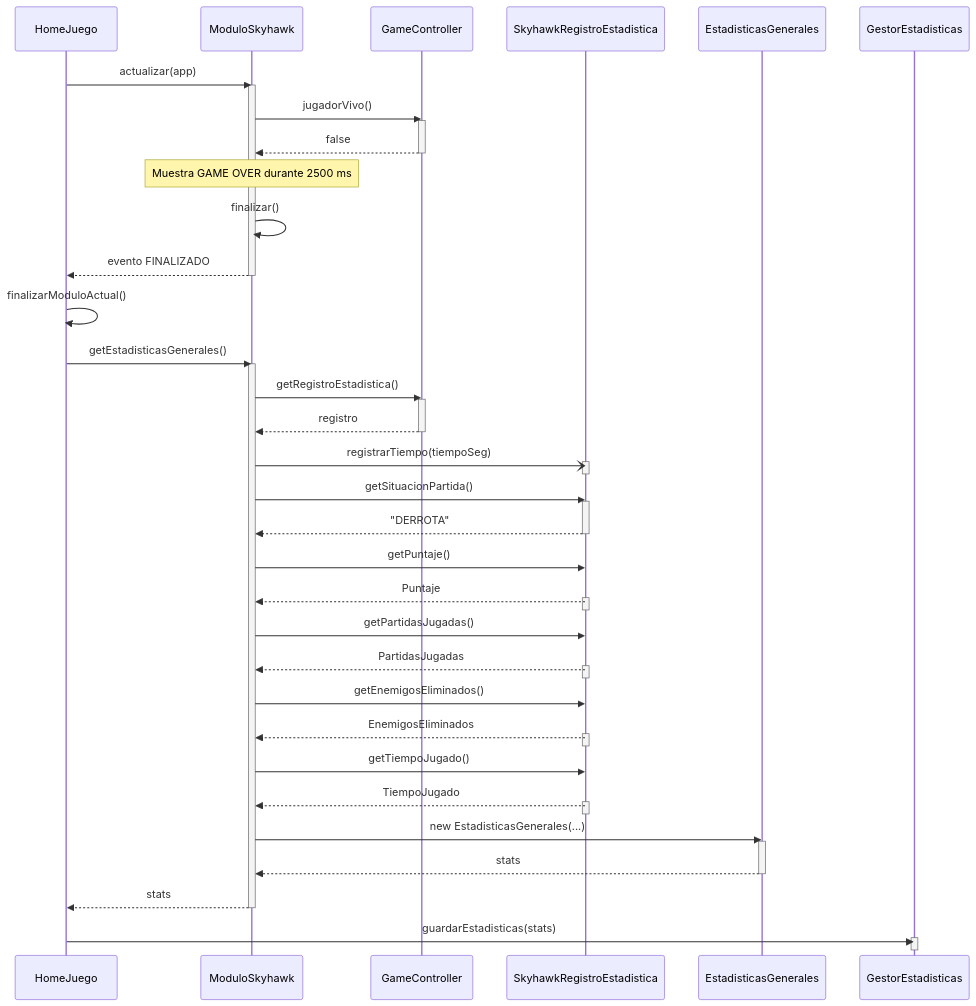
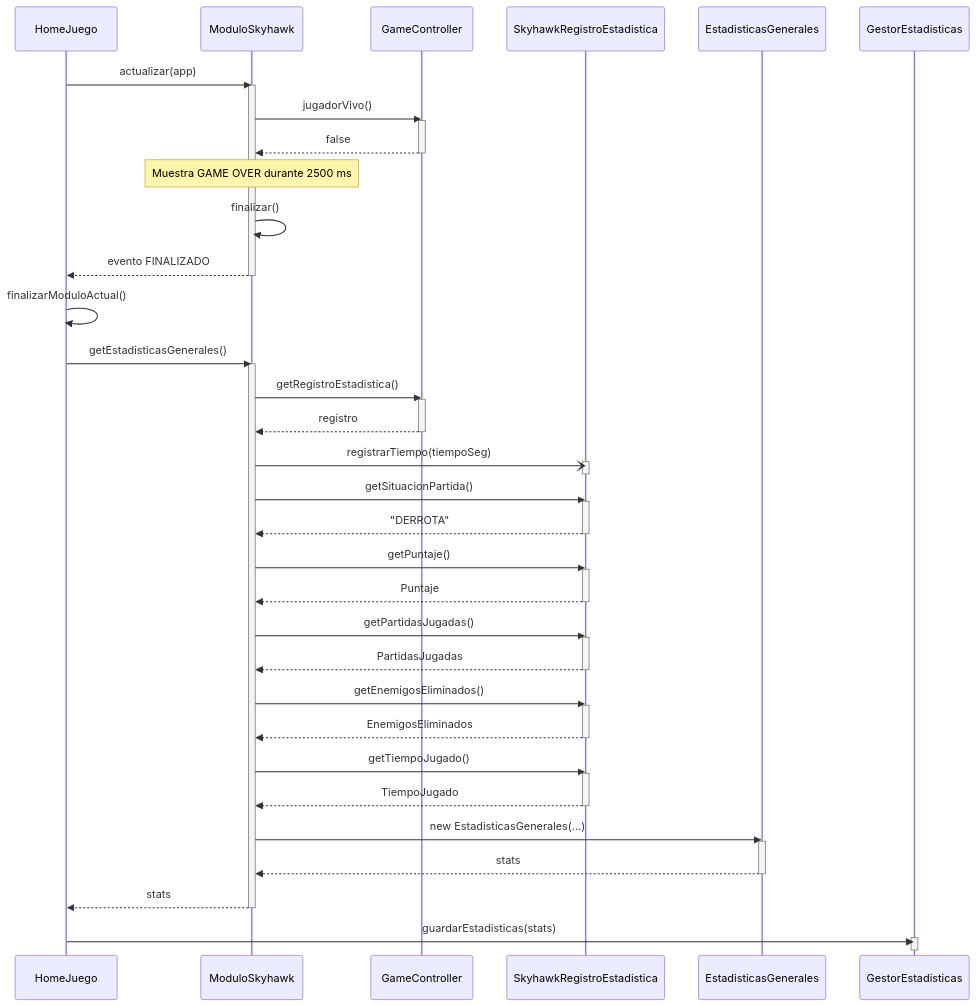
The seventh of 7 diagrams in Diagramas/diagram_Secuencias_Actualizados.md (chiaraarego/Grupo-2---Skyhawk), drawn with Mermaid before and after one commit. The commit also changed other lines of this file, not shown here.

````diff
--- a/Diagramas/diagram_Secuencias_Actualizados.md
+++ b/Diagramas/diagram_Secuencias_Actualizados.md
@@ -266,74 +266,74 @@
 ```mermaid
 sequenceDiagram
     participant HomeJuego
     participant AvionSkyhawk as ModuloSkyhawk
     participant GameController
     participant Registro as SkyhawkRegistroEstadistica
     participant Stats as EstadisticasGenerales
     participant Gestor as GestorEstadisticas
 
     HomeJuego ->> AvionSkyhawk: actualizar(app)
     activate AvionSkyhawk
 
     AvionSkyhawk ->> GameController: jugadorVivo()
     activate GameController
     GameController -->> AvionSkyhawk: false
     deactivate GameController
 
     Note over AvionSkyhawk: Muestra GAME OVER durante 2500 ms
 
     AvionSkyhawk ->> AvionSkyhawk: finalizar()
     AvionSkyhawk -->> HomeJuego: evento FINALIZADO
     deactivate AvionSkyhawk
 
     HomeJuego ->> HomeJuego: finalizarModuloActual()
 
     HomeJuego ->> AvionSkyhawk: getEstadisticasGenerales()
     activate AvionSkyhawk
 
     AvionSkyhawk ->> GameController: getRegistroEstadistica()
     activate GameController
     GameController -->> AvionSkyhawk: registro
     deactivate GameController
 
     AvionSkyhawk -) Registro: registrarTiempo(tiempoSeg)
     activate Registro
     deactivate Registro
 
     AvionSkyhawk ->> Registro: getSituacionPartida()
     activate Registro
     Registro -->> AvionSkyhawk: "DERROTA"
     deactivate Registro
 
     AvionSkyhawk ->> Registro: getPuntaje()
+    activate Registro
     Registro -->> AvionSkyhawk: Puntaje
-    activate Registro
     deactivate Registro
 
     AvionSkyhawk ->> Registro: getPartidasJugadas()
+    activate Registro
     Registro -->> AvionSkyhawk: PartidasJugadas
-    activate Registro
     deactivate Registro
 
     AvionSkyhawk ->> Registro: getEnemigosEliminados()
+    activate Registro
     Registro -->> AvionSkyhawk: EnemigosEliminados
-    activate Registro
     deactivate Registro
 
     AvionSkyhawk ->> Registro: getTiempoJugado()
+    activate Registro
     Registro -->> AvionSkyhawk: TiempoJugado
-    activate Registro
     deactivate Registro
 
     AvionSkyhawk ->> Stats: new EstadisticasGenerales(...)
     activate Stats
     Stats -->> AvionSkyhawk: stats
     deactivate Stats
 
     AvionSkyhawk -->> HomeJuego: stats
     deactivate AvionSkyhawk
 
     HomeJuego ->> Gestor: guardarEstadisticas(stats)
     activate Gestor
     deactivate Gestor
 ```
````
